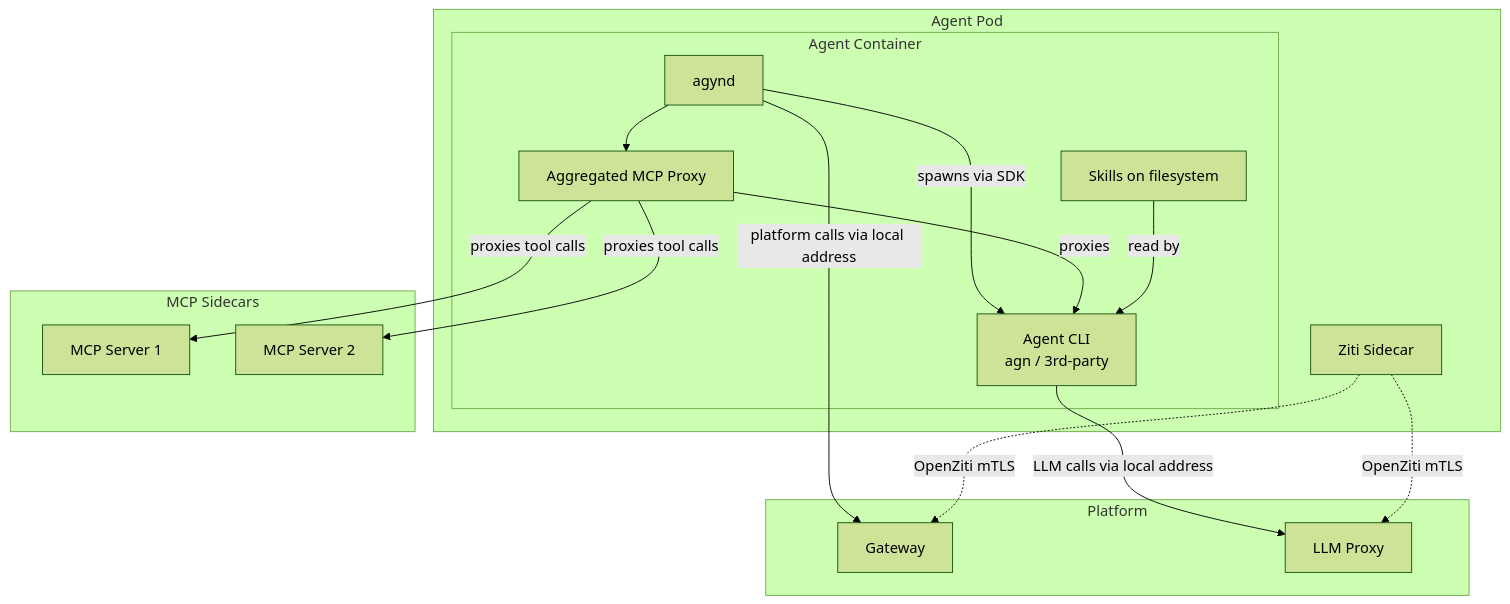
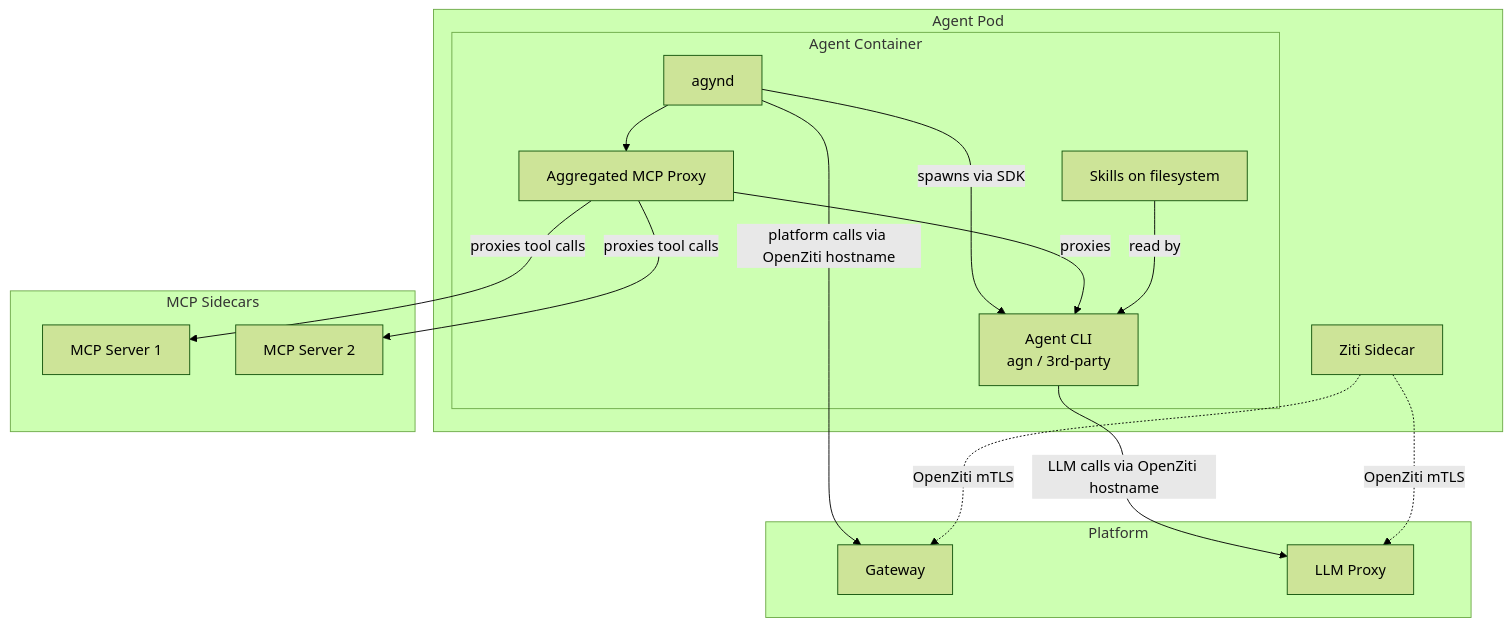
Before and after one commit to agynio/architecture: the first of 2 diagrams in architecture/agynd-cli.md, drawn with Mermaid (forest theme). The commit also changed other lines of this file and 5 other files, not shown here.

````diff
--- a/architecture/agynd-cli.md
+++ b/architecture/agynd-cli.md
@@ -106,33 +106,33 @@
 ```mermaid
 graph TB
     subgraph "Agent Pod"
         ZitiSidecar[Ziti Sidecar]
         subgraph "Agent Container"
             agynd[agynd]
             AgentCLI[Agent CLI<br/>agn / 3rd-party]
             AggMCP[Aggregated MCP Proxy]
             Skills[Skills on filesystem]
 
             agynd -->|spawns via SDK| AgentCLI
             agynd --> AggMCP
             AggMCP -->|proxies| AgentCLI
             Skills -->|read by| AgentCLI
         end
     end
 
     subgraph "MCP Sidecars"
         MCP1[MCP Server 1]
         MCP2[MCP Server 2]
     end
 
     subgraph Platform
         Gateway
         LLMProxy[LLM Proxy]
     end
 
-    agynd -->|platform calls via local address| Gateway
-    AgentCLI -->|LLM calls via local address| LLMProxy
+    agynd -->|platform calls via OpenZiti hostname| Gateway
+    AgentCLI -->|LLM calls via OpenZiti hostname| LLMProxy
     ZitiSidecar -.->|OpenZiti mTLS| Gateway
     ZitiSidecar -.->|OpenZiti mTLS| LLMProxy
     AggMCP -->|proxies tool calls| MCP1 & MCP2
 ```
````
